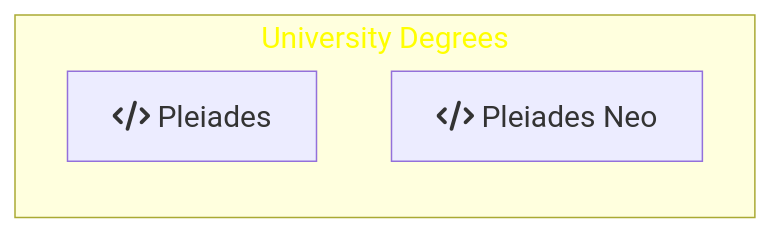
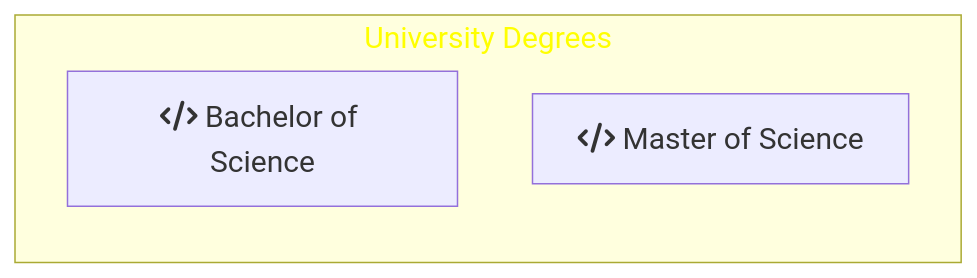
Before and after one commit to DippoldEJ/DippoldEJ: the second of 2 diagrams in README.md, drawn with Mermaid.

````diff
--- a/README.md
+++ b/README.md
@@ -37,15 +37,15 @@
 ```mermaid
 flowchart LR;
 %%{init: {
 	'themeVariables': { 'fontSize': '20px', 'fontFamily': 'Didot'}
 	}
 }%%
 
 subgraph h[University Degrees]
 direction TD
-    s[fa:fa-code Pleiades]
-    a[fa:fa-code Pleiades Neo]
+    s[fa:fa-code Bachelor of Science ]
+    a[fa:fa-code Master of Science ]
     end
 
 style h color:#FFFF00
 ```
````
